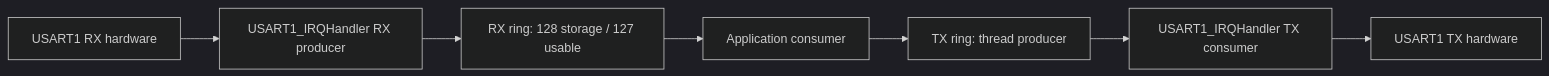
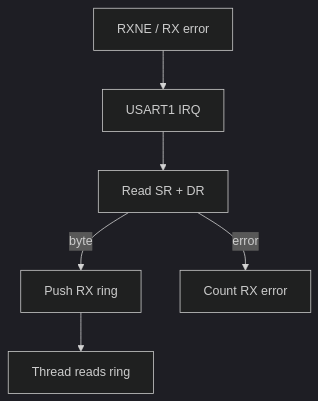
Before and after one commit to haikevins/stm32f1-spl-procedural-baremetal: the first of 2 diagrams in 04-uart-interrupt-ring-buffer/README.md, drawn with Mermaid (dark theme). The commit also changed other lines of this file and 24 other files, not shown here.

````diff
--- a/04-uart-interrupt-ring-buffer/README.md
+++ b/04-uart-interrupt-ring-buffer/README.md
@@ -73,9 +75,8 @@
 ```mermaid
-flowchart LR
-    UART_RX["USART1 RX hardware"] --> RX_ISR["USART1_IRQHandler RX producer"]
-    RX_ISR --> RX_RING["RX ring: 128 storage / 127 usable"]
-    RX_RING --> APP["Application consumer"]
-    APP --> TX_RING["TX ring: thread producer"]
-    TX_RING --> TX_ISR["USART1_IRQHandler TX consumer"]
-    TX_ISR --> UART_TX["USART1 TX hardware"]
+flowchart TB
+    HW["RXNE / RX error"] --> IRQ["USART1 IRQ"]
+    IRQ --> READ["Read SR + DR"]
+    READ -->|"byte"| RX["Push RX ring"]
+    READ -->|"error"| ERR["Count RX error"]
+    RX --> APP["Thread reads ring"]
 ```
````
